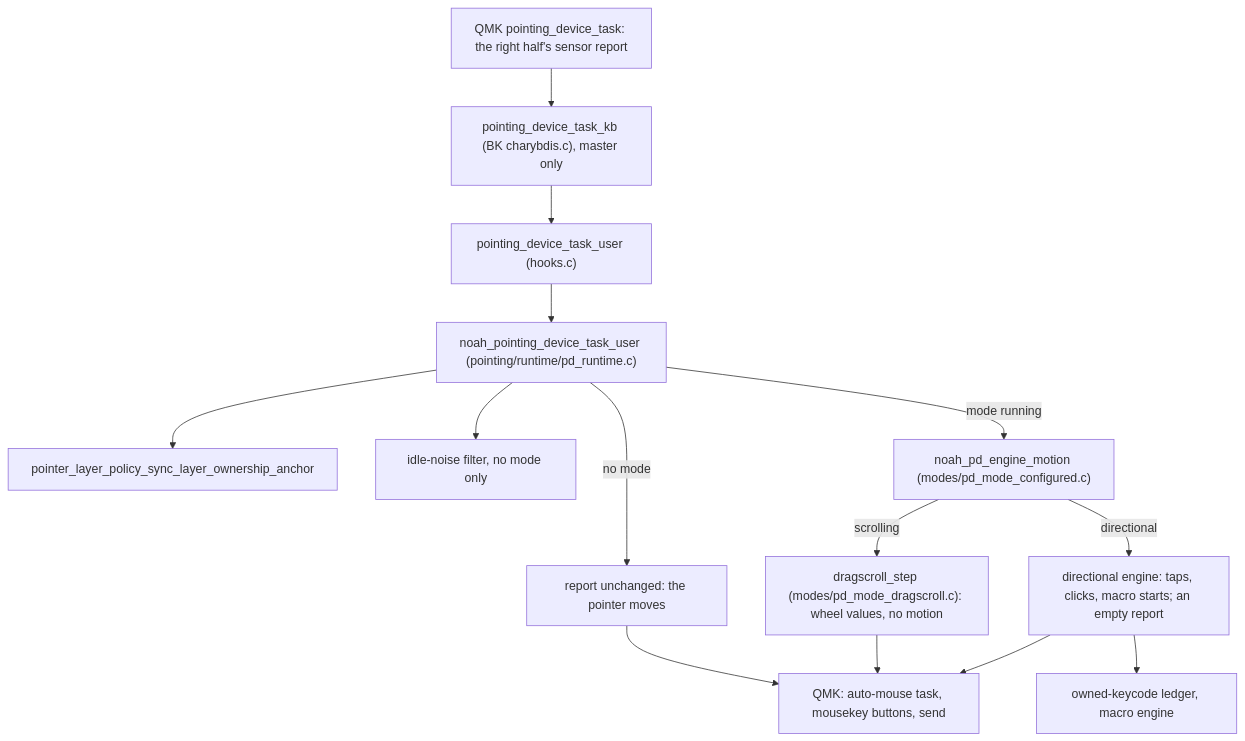
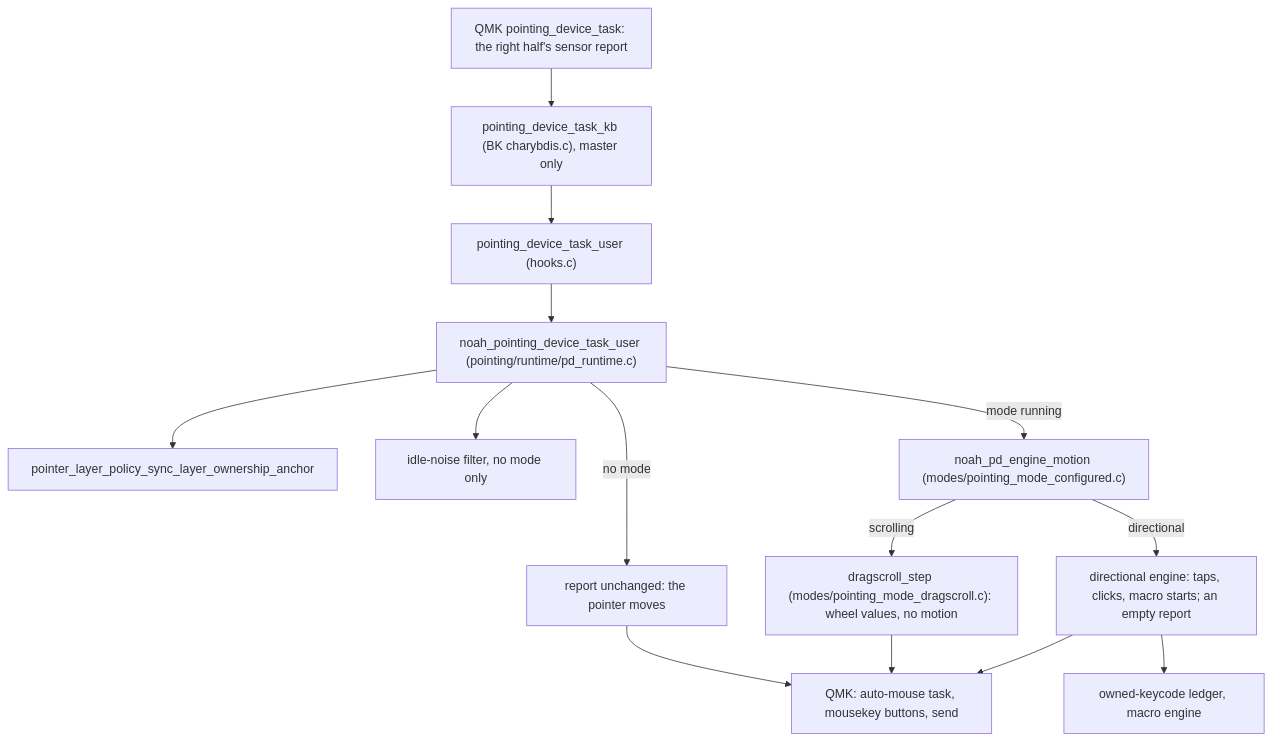
One commit to NoahCLR/charybdis-4x6 changed the diagram in docs/architecture/pointer-report.md. Above: the diagram before and after it, drawn with Mermaid. The commit also changed other lines of this file and 395 other files, not shown here.

First line of the commit message:
Say pointing mode, master and slave half, saved and active profile

````diff
--- a/docs/architecture/pointer-report.md
+++ b/docs/architecture/pointer-report.md
@@ -21,16 +21,16 @@
 ```mermaid
 flowchart TD
     sensor["QMK pointing_device_task: the right half's sensor report"] --> kb["pointing_device_task_kb (BK charybdis.c), master only"]
     kb --> hook["pointing_device_task_user (hooks.c)"]
     hook --> runtime["noah_pointing_device_task_user (pointing/runtime/pd_runtime.c)"]
     runtime --> anchor["pointer_layer_policy_sync_layer_ownership_anchor"]
     runtime --> noise["idle-noise filter, no mode only"]
     runtime -->|"no mode"| pass["report unchanged: the pointer moves"]
-    runtime -->|"mode running"| engine["noah_pd_engine_motion (modes/pd_mode_configured.c)"]
-    engine -->|scrolling| scroll["dragscroll_step (modes/pd_mode_dragscroll.c): wheel values, no motion"]
+    runtime -->|"mode running"| engine["noah_pd_engine_motion (modes/pointing_mode_configured.c)"]
+    engine -->|scrolling| scroll["dragscroll_step (modes/pointing_mode_dragscroll.c): wheel values, no motion"]
     engine -->|directional| dir["directional engine: taps, clicks, macro starts; an empty report"]
     dir --> ledger["owned-keycode ledger, macro engine"]
     pass --> qmk["QMK: auto-mouse task, mousekey buttons, send"]
     scroll --> qmk
     dir --> qmk
 ```
````
